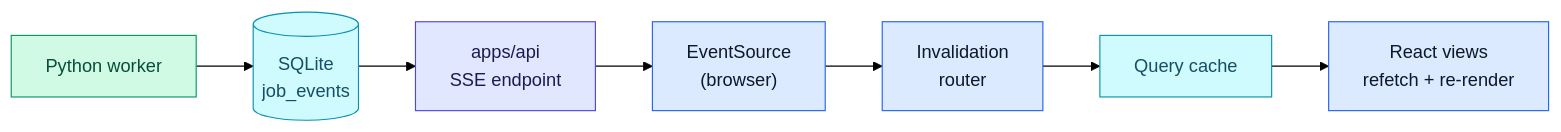
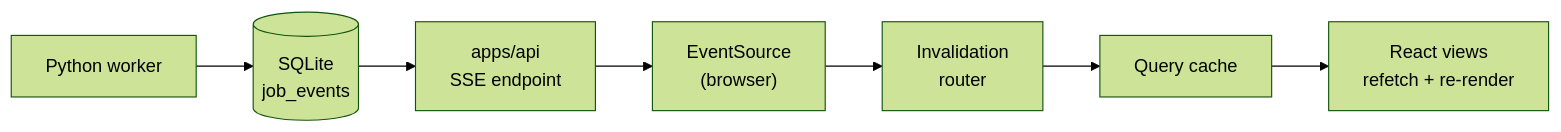
One commit to ebarti/JobCtrl changed the first of 2 diagrams in docs/architecture/frontend/realtime.md. Above: the diagram before and after it, drawn with Mermaid (forest theme). The commit also changed other lines of this file and 46 other files, not shown here.

````diff
--- a/docs/architecture/frontend/realtime.md
+++ b/docs/architecture/frontend/realtime.md
@@ -15,18 +15,14 @@
 ```mermaid
 flowchart LR
   W["Python worker"] --> DB[("SQLite<br/>job_events")]
   DB --> API["apps/api<br/>SSE endpoint"]
   API --> ES["EventSource<br/>(browser)"]
   ES --> IR["Invalidation<br/>router"]
   IR --> QC["Query cache"]
   QC --> UI["React views<br/>refetch + re-render"]
 
-  classDef ui fill:#dbeafe,stroke:#2563eb,color:#0f172a
-  classDef ts fill:#e0e7ff,stroke:#4f46e5,color:#1e1b4b
-  classDef py fill:#d1fae5,stroke:#059669,color:#064e3b
-  classDef store fill:#cffafe,stroke:#0891b2,color:#164e63
   class W py
   class API ts
   class ES,IR,UI ui
   class DB,QC store
 ```
````
